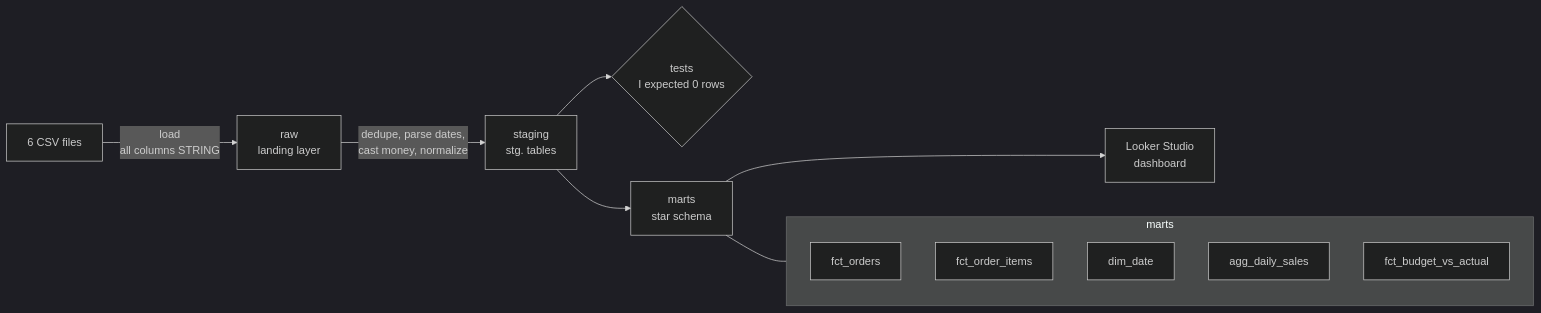
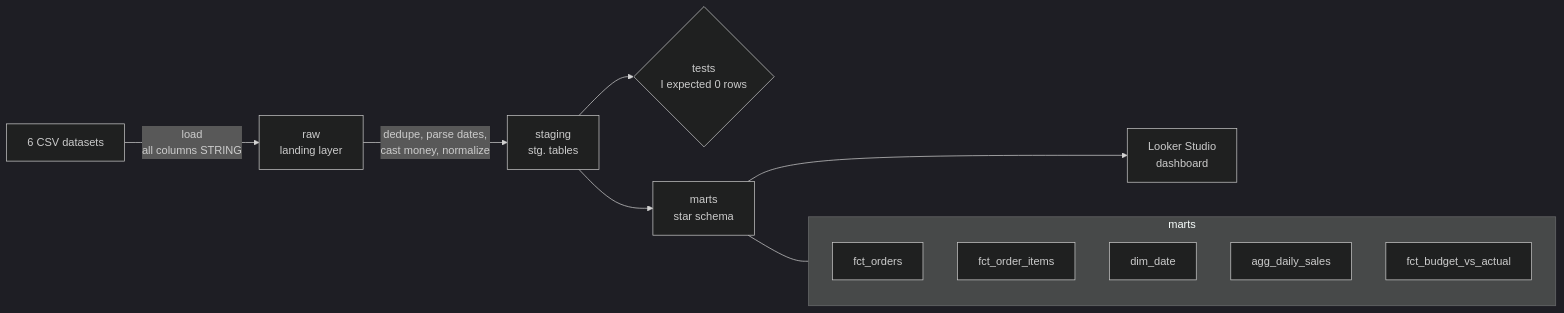
The diagram in README.md (cesararraut/Project-e-commerce-data-analytics), drawn with Mermaid (dark theme) before and after one commit.

````diff
--- a/README.md
+++ b/README.md
@@ -90,18 +90,18 @@
 ```mermaid
 flowchart LR
-    A["6 CSV files<br/>"] -->|" load<br/>all columns STRING"| B["raw<br/>landing layer"]
+    A["6 CSV datasets<br/>"] -->|" load<br/>all columns STRING"| B["raw<br/>landing layer"]
     B -->|"dedupe, parse dates,<br/>cast money, normalize"| C["staging<br/>stg. tables"]
     C --> T{"tests<br/> I expected 0 rows"}
    
     C --> D["marts<br/>star schema"]
     D --> E["Looker Studio<br/>dashboard"]
 
     subgraph marts
       D1["fct_orders"]
       D2["fct_order_items"]
       D3["dim_date"]
       D4["agg_daily_sales"]
       D5["fct_budget_vs_actual"]
     end
     D --- marts
 ```
````
